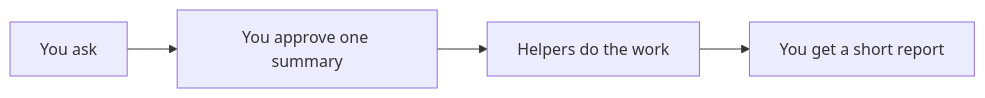
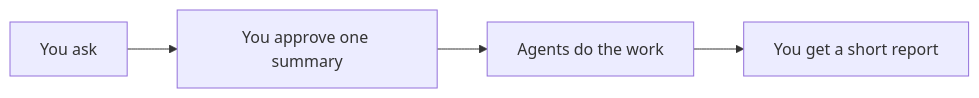
One commit to Procisz/ai-agents-setup changed the diagram in README.md. Above: the diagram before and after it, drawn with Mermaid.

Commit message:
Say agents in the README diagram

````diff
--- a/README.md
+++ b/README.md
@@ -7,4 +7,4 @@
 ```mermaid
 flowchart LR
-  A["You ask"] --> B["You approve one summary"] --> C["Helpers do the work"] --> D["You get a short report"]
+  A["You ask"] --> B["You approve one summary"] --> C["Agents do the work"] --> D["You get a short report"]
 ```
````
